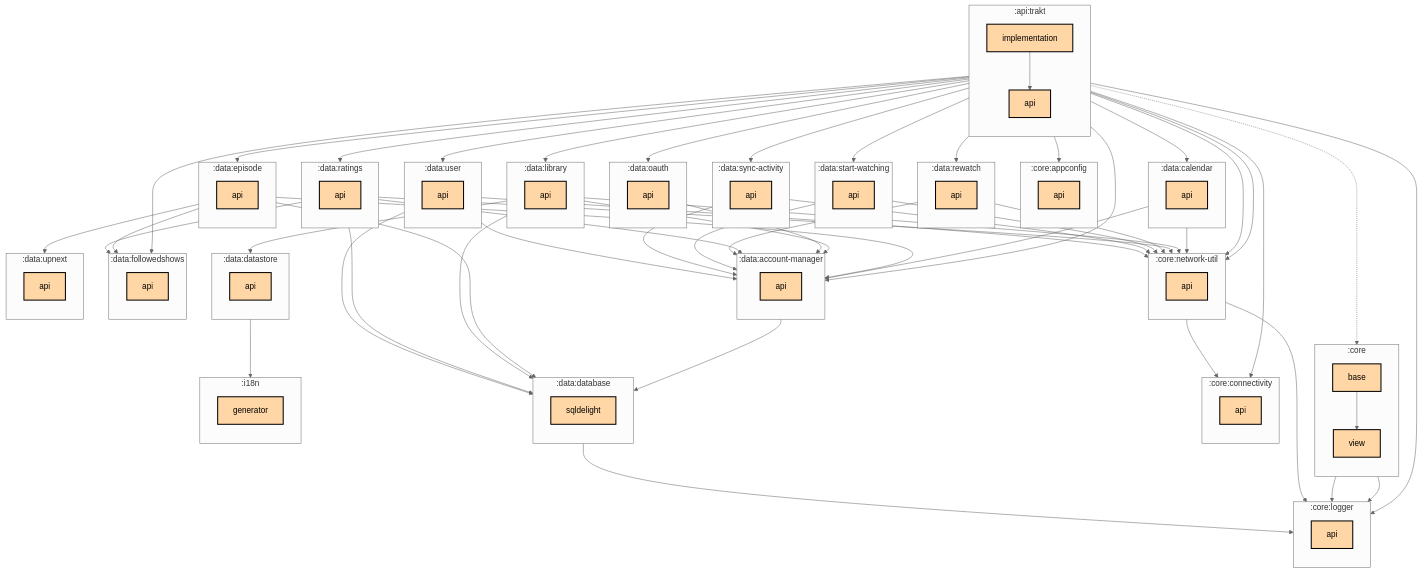
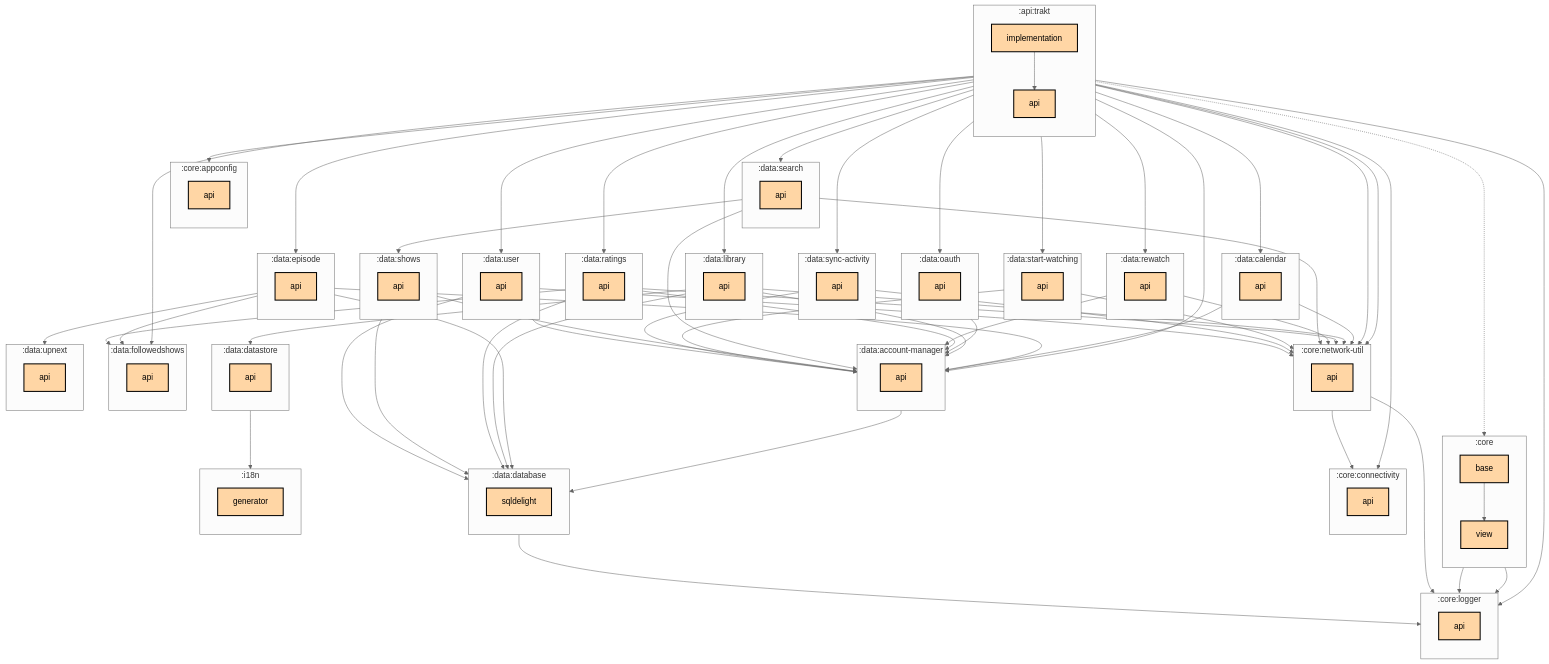
Before and after one commit to thomaskioko/tv-maniac: the first of 2 diagrams in api/trakt/implementation/README.md, drawn with Mermaid (neutral theme). The commit also changed 62 other files, not shown here.

```diff
--- a/api/trakt/implementation/README.md
+++ b/api/trakt/implementation/README.md
@@ -71,6 +71,14 @@
     direction TB
     :data:rewatch:api[api]:::multiplatform
   end
+  subgraph :data:search
+    direction TB
+    :data:search:api[api]:::multiplatform
+  end
+  subgraph :data:shows
+    direction TB
+    :data:shows:api[api]:::multiplatform
+  end
   subgraph :data:start-watching
     direction TB
     :data:start-watching:api[api]:::multiplatform
@@ -107,6 +115,7 @@
   :api:trakt:implementation --> :data:oauth:api
   :api:trakt:implementation --> :data:ratings:api
   :api:trakt:implementation --> :data:rewatch:api
+  :api:trakt:implementation --> :data:search:api
   :api:trakt:implementation --> :data:start-watching:api
   :api:trakt:implementation --> :data:sync-activity:api
   :api:trakt:implementation --> :data:user:api
@@ -135,6 +144,11 @@
   :data:ratings:api --> :data:followedshows:api
   :data:rewatch:api --> :core:network-util:api
   :data:rewatch:api --> :data:account-manager:api
+  :data:search:api --> :core:network-util:api
+  :data:search:api --> :data:account-manager:api
+  :data:search:api --> :data:shows:api
+  :data:shows:api --> :data:account-manager:api
+  :data:shows:api --> :data:database:sqldelight
   :data:start-watching:api --> :core:network-util:api
   :data:start-watching:api --> :data:account-manager:api
   :data:sync-activity:api --> :core:network-util:api
```
